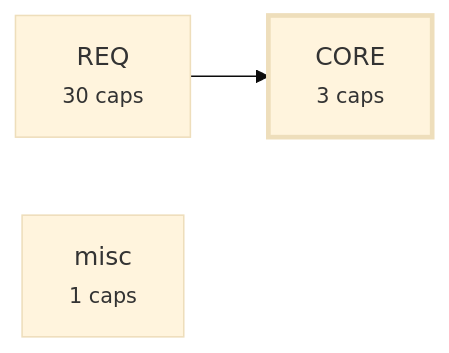
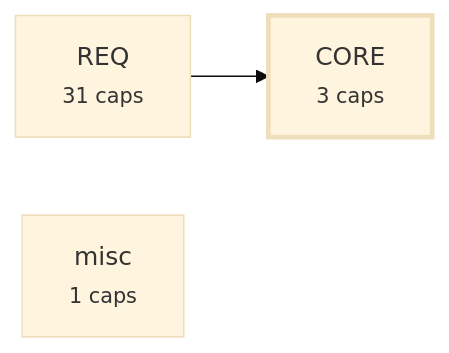
One commit to alxmax/Requirement-manager changed the third of 4 diagrams in plugin/requirements/_map.md. Above: the diagram before and after it, drawn with Mermaid (base theme). The commit also changed other lines of this file and 5 other files, not shown here.

First line of the commit message:
docs(roadmap): defer ITEM 4 (internal-consistency lint) as REQ-INTCONSISTLINT-028 (draft)

````diff
--- a/plugin/requirements/_map.md
+++ b/plugin/requirements/_map.md
@@ -262,8 +267,8 @@
 ```mermaid
 graph LR
   a_CORE["CORE<br><small>3 caps</small>"]
-  a_REQ["REQ<br><small>30 caps</small>"]
+  a_REQ["REQ<br><small>31 caps</small>"]
   a_misc["misc<br><small>1 caps</small>"]
   a_REQ --> a_CORE
   style a_CORE stroke-width:3px
 ```
````
